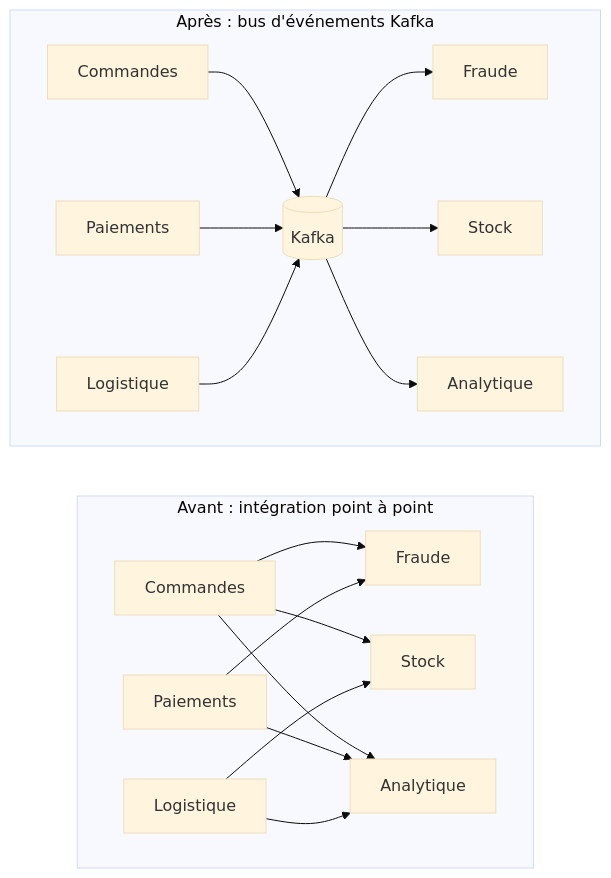
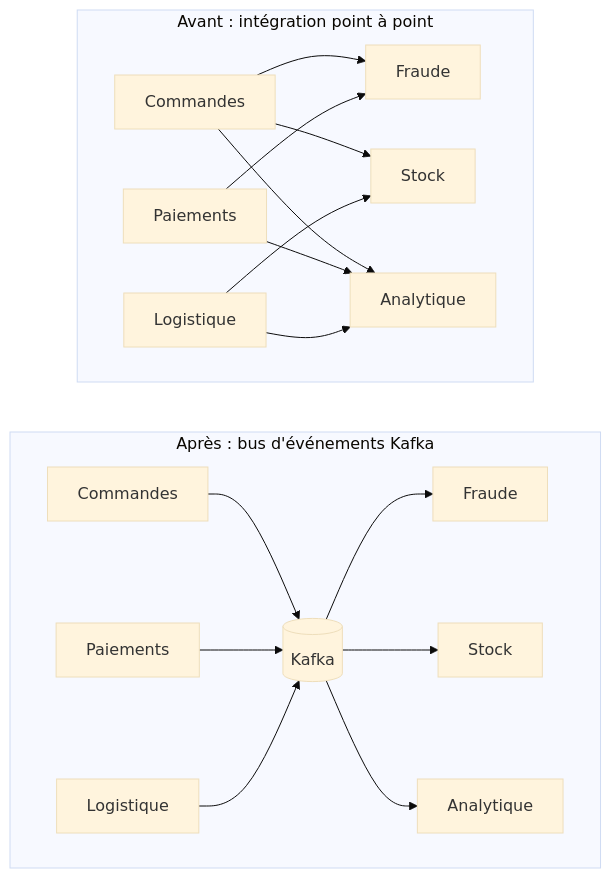
Before and after one commit to Ayib201/presentation-bigData: the first of 9 diagrams in Rapport_Kafka_ShopStream.md, drawn with Mermaid (base theme). The commit also changed other lines of this file and 12 other files, not shown here.

````diff
--- a/Rapport_Kafka_ShopStream.md
+++ b/Rapport_Kafka_ShopStream.md
@@ -63,22 +63,22 @@
 ```mermaid
 flowchart LR
+    subgraph APRES["Après : bus d'événements Kafka"]
+        direction LR
+        C1[Commandes] --> K[(Kafka)]
+        C2[Paiements] --> K
+        C3[Logistique] --> K
+        K --> D1[Fraude]
+        K --> D2[Stock]
+        K --> D3[Analytique]
+    end
     subgraph AVANT["Avant : intégration point à point"]
         direction LR
         A1[Commandes] --> B1[Fraude]
         A1 --> B2[Stock]
         A1 --> B3[Analytique]
         A2[Paiements] --> B1
         A2 --> B3
         A3[Logistique] --> B2
         A3 --> B3
     end
-    subgraph APRES["Après : bus d'événements Kafka"]
-        direction LR
-        C1[Commandes] --> K[(Kafka)]
-        C2[Paiements] --> K
-        C3[Logistique] --> K
-        K --> D1[Fraude]
-        K --> D2[Stock]
-        K --> D3[Analytique]
-    end
 ```
````
